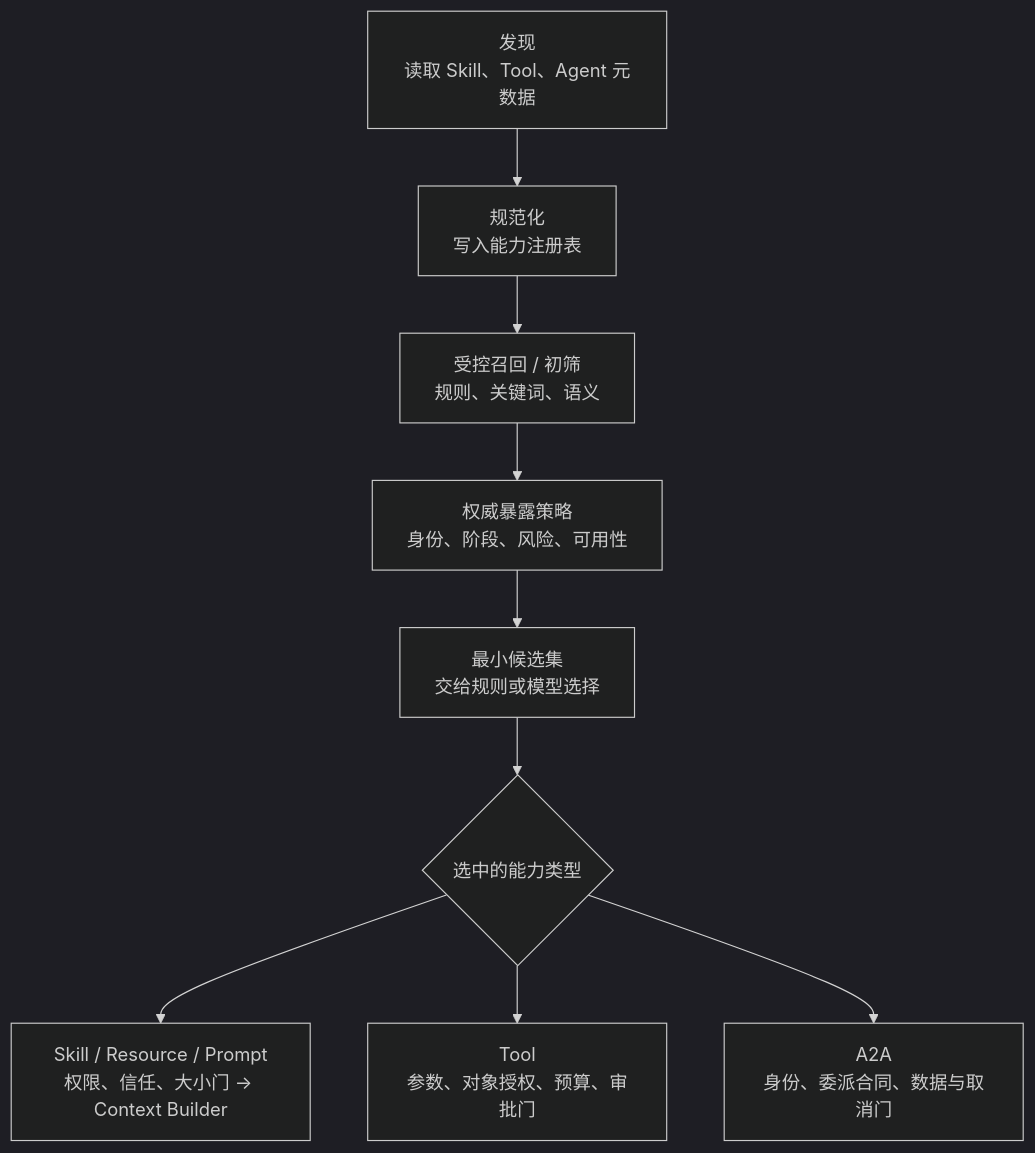
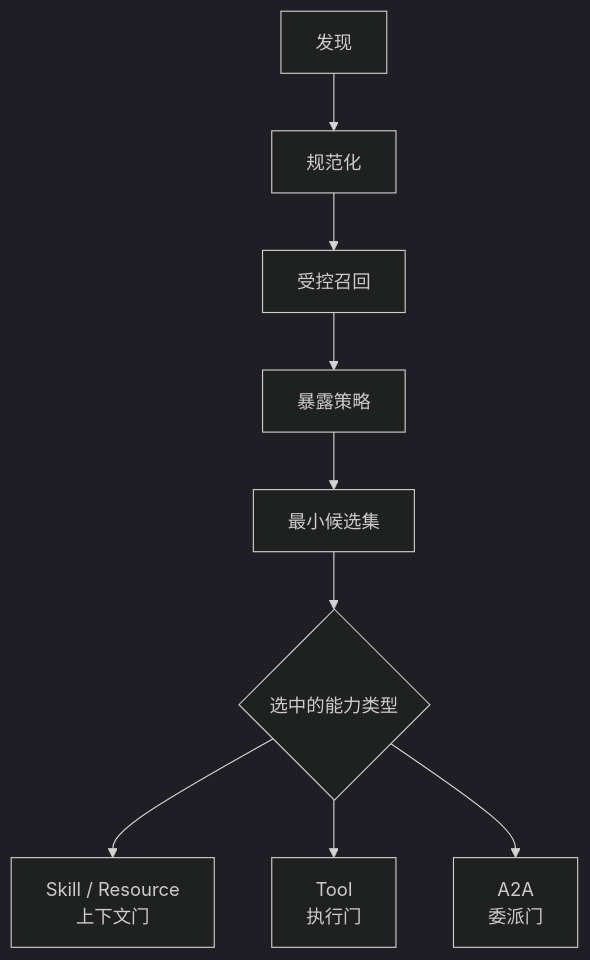
One commit to FoLaJJ/agent-systems-notes changed the first of 2 diagrams in docs/08-capability-discovery-routing.md. Above: the diagram before and after it, drawn with Mermaid (dark theme). The commit also changed 11 other files, not shown here.

Commit message:
Improve Mermaid diagram readability

````diff
--- a/docs/08-capability-discovery-routing.md
+++ b/docs/08-capability-discovery-routing.md
@@ -42,11 +42,11 @@
 ```mermaid
 flowchart TB
-    D["发现<br/>读取 Skill、Tool、Agent 元数据"] --> N["规范化<br/>写入能力注册表"]
-    N --> R["受控召回 / 初筛<br/>规则、关键词、语义"]
-    R --> E["权威暴露策略<br/>身份、阶段、风险、可用性"]
-    E --> P["最小候选集<br/>交给规则或模型选择"]
+    D["发现"] --> N["规范化"]
+    N --> R["受控召回"]
+    R --> E["暴露策略"]
+    E --> P["最小候选集"]
     P --> K{"选中的能力类型"}
-    K --> C["Skill / Resource / Prompt<br/>权限、信任、大小门 -> Context Builder"]
-    K --> V["Tool<br/>参数、对象授权、预算、审批门"]
-    K --> A["A2A<br/>身份、委派合同、数据与取消门"]
+    K --> C["Skill / Resource<br/>上下文门"]
+    K --> V["Tool<br/>执行门"]
+    K --> A["A2A<br/>委派门"]
 ```
````
